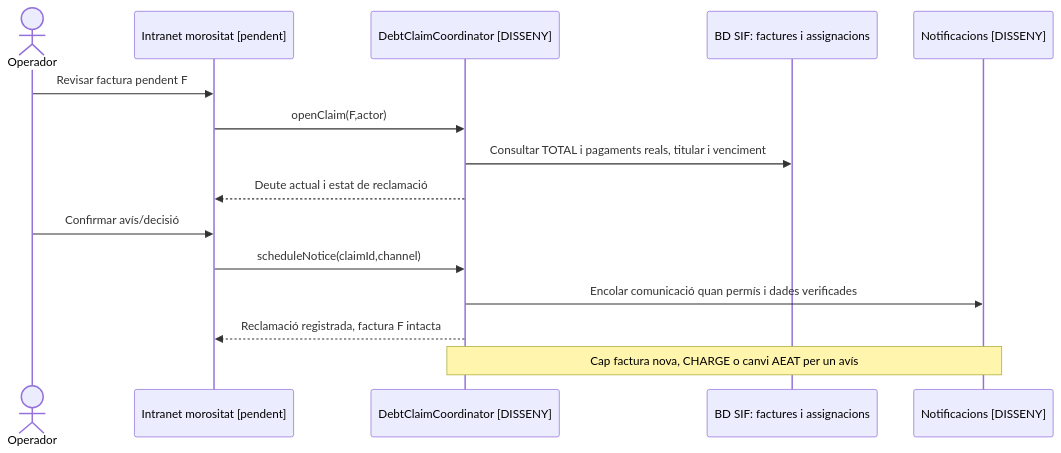
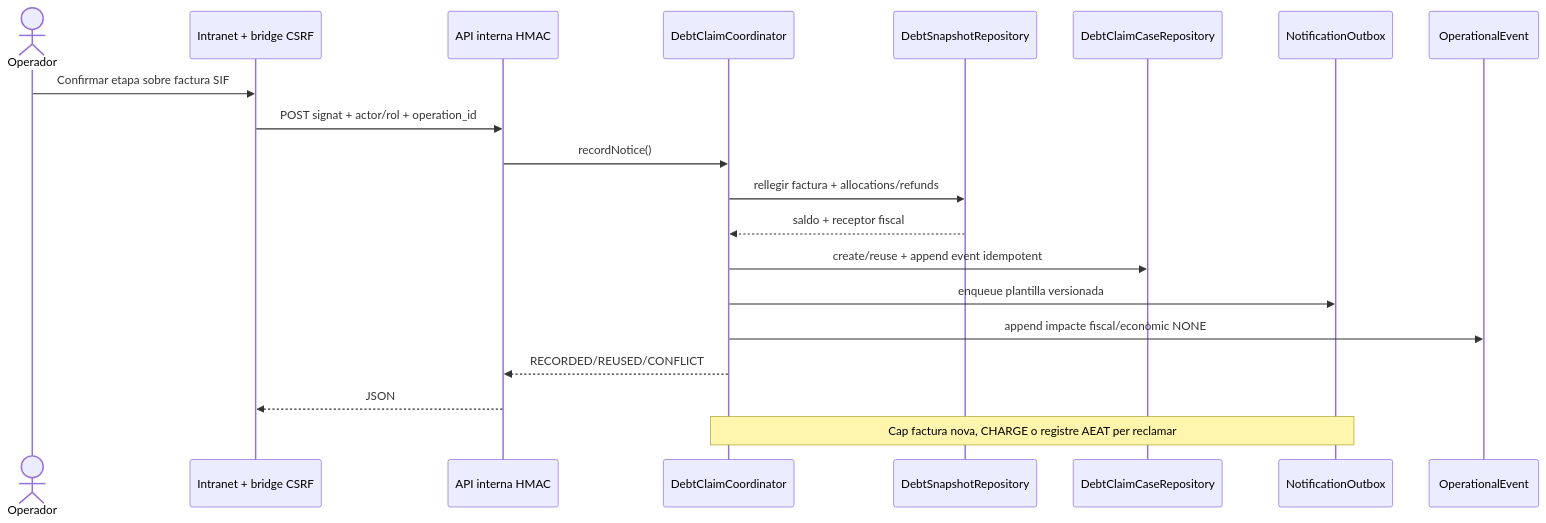
One commit to orgmeriemprismacat-del/verifactu changed the fourth of 5 diagrams in documentacio/07-uml-integrat/uc-012-morositat-reclamacio.md. Above: the diagram before and after it, drawn with Mermaid. The commit also changed other lines of this file, not shown here.

Commit message:
docs(UC-012): reconcilia UML integrat amb coordinador implementat

````diff
--- a/documentacio/07-uml-integrat/uc-012-morositat-reclamacio.md
+++ b/documentacio/07-uml-integrat/uc-012-morositat-reclamacio.md
@@ -153,17 +159,22 @@
 ```mermaid
 sequenceDiagram
 actor O as Operador
-participant UI as Intranet morositat [pendent]
-participant C as DebtClaimCoordinator [DISSENY]
-participant DB as BD SIF: factures i assignacions
-participant Outbox as Notificacions [DISSENY]
-O->>UI: Revisar factura pendent F
-UI->>C: openClaim(F,actor)
-C->>DB: Consultar TOTAL i pagaments reals, titular i venciment
-C-->>UI: Deute actual i estat de reclamació
-O->>UI: Confirmar avís/decisió
-UI->>C: scheduleNotice(claimId,channel)
-C->>Outbox: Encolar comunicació quan permís i dades verificades
-C-->>UI: Reclamació registrada, factura F intacta
-Note over C,Outbox: Cap factura nova, CHARGE o canvi AEAT per un avís
+participant UI as Intranet + bridge CSRF
+participant API as API interna HMAC
+participant C as DebtClaimCoordinator
+participant S as DebtSnapshotRepository
+participant CR as DebtClaimCaseRepository
+participant OX as NotificationOutbox
+participant AE as OperationalEvent
+O->>UI: Confirmar etapa sobre factura SIF
+UI->>API: POST signat + actor/rol + operation_id
+API->>C: recordNotice()
+C->>S: rellegir factura + allocations/refunds
+S-->>C: saldo + receptor fiscal
+C->>CR: create/reuse + append event idempotent
+C->>OX: enqueue plantilla versionada
+C->>AE: append impacte fiscal/econòmic NONE
+C-->>API: RECORDED/REUSED/CONFLICT
+API-->>UI: JSON
+Note over C,OX: Cap factura nova, CHARGE o registre AEAT per reclamar
 ```
````
